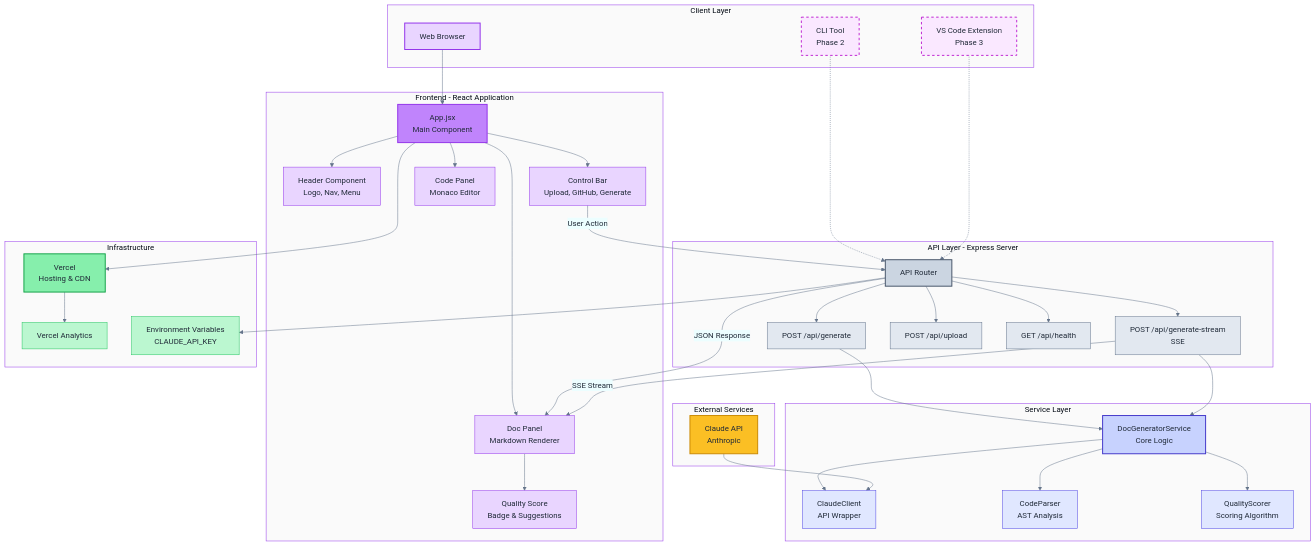
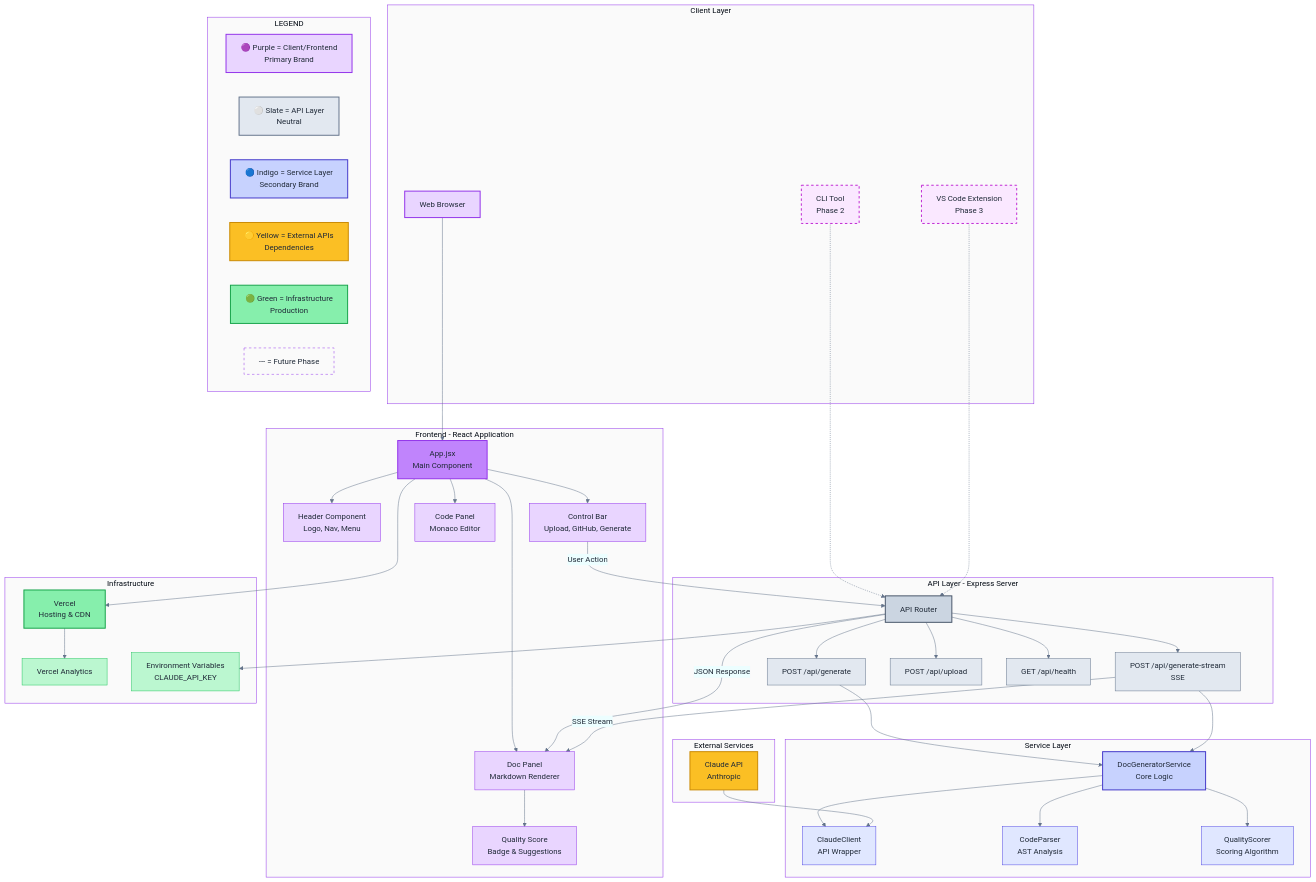
The diagram in docs/architecture/04-Architecture.md (jmcoleman/codescribe-ai), drawn with Mermaid before and after one commit. The commit also changed other lines of this file and 4 other files, not shown here.

````diff
--- a/docs/architecture/04-Architecture.md
+++ b/docs/architecture/04-Architecture.md
@@ -66,14 +66,24 @@
         Env[Environment Variables<br/>CLAUDE_API_KEY]
     end
 
+    subgraph legend ["LEGEND"]
+        direction LR
+        L1["🟣 Purple = Client/Frontend<br/>Primary Brand"]
+        L2["⚪ Slate = API Layer<br/>Neutral"]
+        L3["🔵 Indigo = Service Layer<br/>Secondary Brand"]
+        L4["🟡 Yellow = External APIs<br/>Dependencies"]
+        L5["🟢 Green = Infrastructure<br/>Production"]
+        L6["---  = Future Phase"]
+    end
+
     Browser --> App
     CLI -.-> Router
     VSCode -.-> Router
-    
+
     ControlBar --> |User Action| Router
     Router --> |JSON Response| DocPanel
     StreamRoute --> |SSE Stream| DocPanel
-    
+
     App --> Vercel
     Vercel --> Analytics
     Router --> Env
@@ -105,4 +115,11 @@
     classDef phase3 stroke-dasharray: 5 5
     class CLI phase2
     class VSCode phase3
+
+    style L1 fill:#e9d5ff,stroke:#9333ea,stroke-width:2px
+    style L2 fill:#e2e8f0,stroke:#64748b,stroke-width:2px
+    style L3 fill:#c7d2fe,stroke:#4338ca,stroke-width:2px
+    style L4 fill:#fbbf24,stroke:#ca8a04,stroke-width:2px
+    style L5 fill:#86efac,stroke:#16a34a,stroke-width:2px
+    style L6 fill:#fafafa,stroke:#9333ea,stroke-width:1px,stroke-dasharray: 5 5
 ```
````
